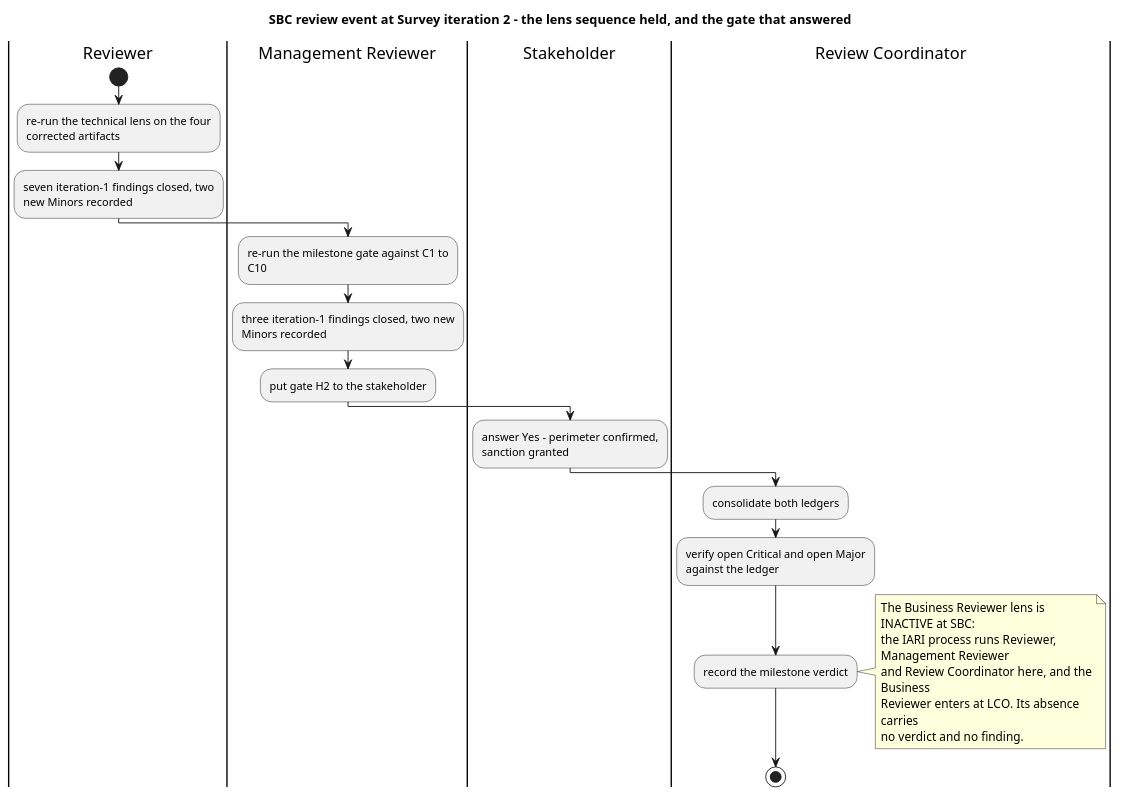
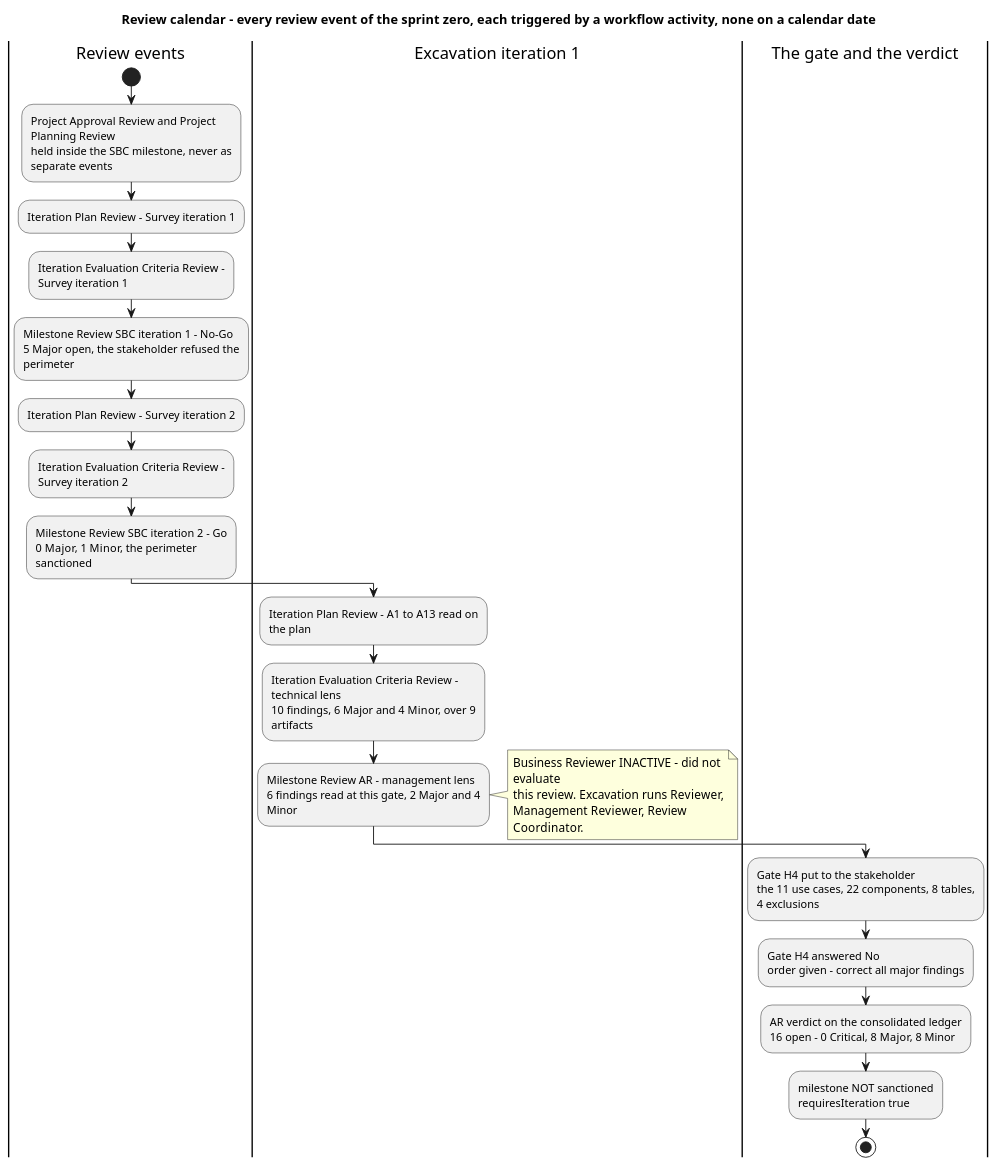
The second of 12 diagrams in docs/artifacts/project-management/review-record.md (banense-test/TodoApp), drawn with PlantUML before and after one commit. The commit also changed other lines of this file, not shown here.

First line of the commit message:
Review Coordinator [Excavation1]: upsert Review Record

````diff
--- a/docs/artifacts/project-management/review-record.md
+++ b/docs/artifacts/project-management/review-record.md
@@ -248,30 +245,45 @@
 ```plantuml
 @startuml
-title SBC review event at Survey iteration 2 - the lens sequence held, and the gate that answered
+title Review calendar - every review event of the sprint zero, each triggered by a workflow activity, none on a calendar date
+
 skinparam shadowing false
-skinparam wrapWidth 235
+skinparam wrapWidth 240
 
-|Reviewer|
+|Review events|
 start
-:re-run the technical lens on the four corrected artifacts;
-:seven iteration-1 findings closed, two new Minors recorded;
-|Management Reviewer|
-:re-run the milestone gate against C1 to C10;
-:three iteration-1 findings closed, two new Minors recorded;
-:put gate H2 to the stakeholder;
-|Stakeholder|
-:answer Yes - perimeter confirmed, sanction granted;
-|Review Coordinator|
-:consolidate both ledgers;
-:verify open Critical and open Major against the ledger;
-:record the milestone verdict;
+:Project Approval Review and Project Planning Review
+held inside the SBC milestone, never as separate events;
+:Iteration Plan Review - Survey iteration 1;
+:Iteration Evaluation Criteria Review - Survey iteration 1;
+:Milestone Review SBC iteration 1 - No-Go
+5 Major open, the stakeholder refused the perimeter;
+:Iteration Plan Review - Survey iteration 2;
+:Iteration Evaluation Criteria Review - Survey iteration 2;
+:Milestone Review SBC iteration 2 - Go
+0 Major, 1 Minor, the perimeter sanctioned;
+
+|Excavation iteration 1|
+:Iteration Plan Review - A1 to A13 read on the plan;
+:Iteration Evaluation Criteria Review - technical lens
+10 findings, 6 Major and 4 Minor, over 9 artifacts;
+:Milestone Review AR - management lens
+6 findings read at this gate, 2 Major and 4 Minor;
 note right
-  The Business Reviewer lens is INACTIVE at SBC:
-  the IARI process runs Reviewer, Management Reviewer
-  and Review Coordinator here, and the Business
-  Reviewer enters at LCO. Its absence carries
-  no verdict and no finding.
+  Business Reviewer INACTIVE - did not evaluate
+  this review. Excavation runs Reviewer,
+  Management Reviewer, Review Coordinator.
 end note
+
+|The gate and the verdict|
+:Gate H4 put to the stakeholder
+the 11 use cases, 22 components, 8 tables, 4 exclusions;
+:Gate H4 answered No
+order given - correct all major findings;
+:AR verdict on the consolidated ledger
+16 open - 0 Critical, 8 Major, 8 Minor;
+:milestone NOT sanctioned
+requiresIteration true;
 stop
+
 @enduml
 ```
````
